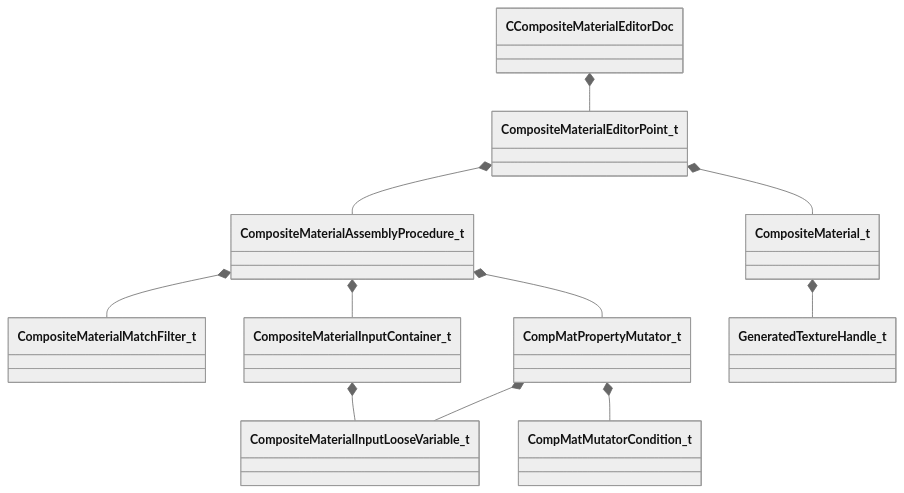
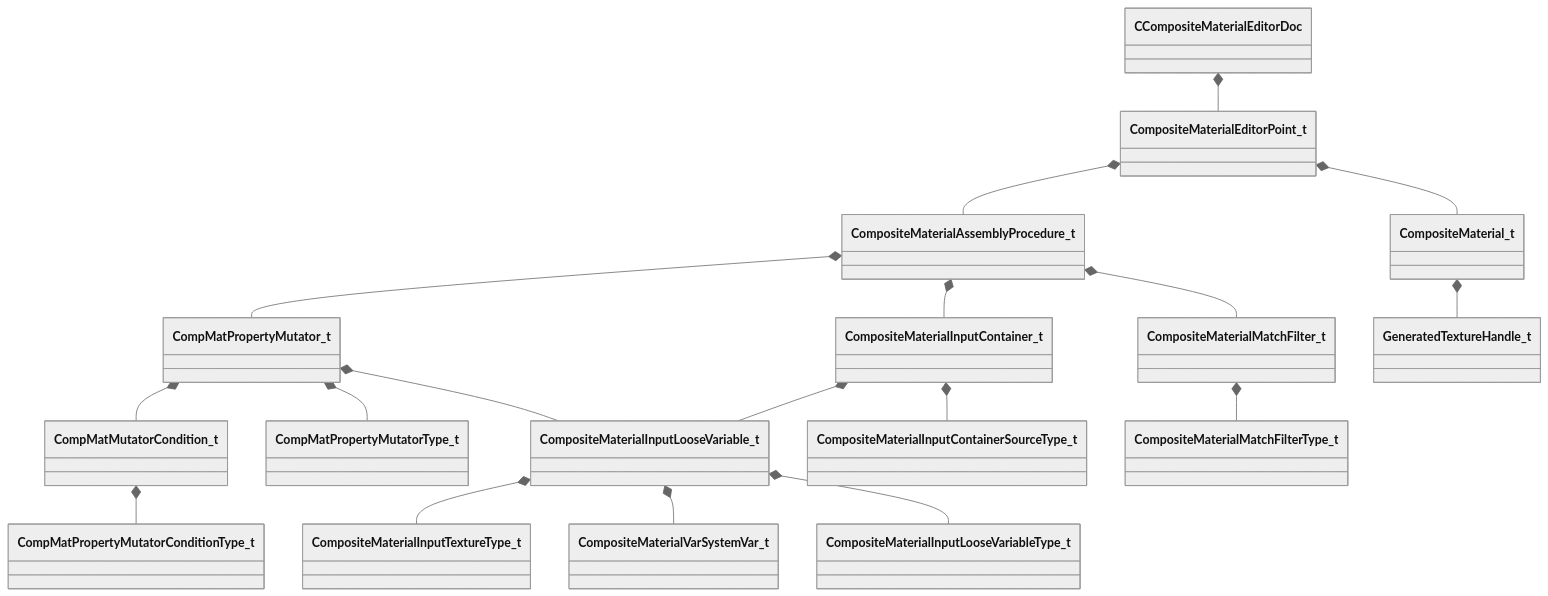
The diagram in docs/generated/diagrams/compositematerialslib.md (CS2OpenDev/CS2OpenDev-Docs), drawn with Mermaid (neutral theme) before and after one commit. The commit also changed 2956 other files, not shown here.

````diff
--- a/docs/generated/diagrams/compositematerialslib.md
+++ b/docs/generated/diagrams/compositematerialslib.md
@@ -14,13 +14,20 @@
 ```mermaid
 classDiagram
     CCompositeMaterialEditorDoc *-- CompositeMaterialEditorPoint_t
+    CompMatMutatorCondition_t *-- CompMatPropertyMutatorConditionType_t
+    CompMatPropertyMutator_t *-- CompMatPropertyMutatorType_t
     CompMatPropertyMutator_t *-- CompositeMaterialInputLooseVariable_t
     CompMatPropertyMutator_t *-- CompMatMutatorCondition_t
     CompositeMaterialAssemblyProcedure_t *-- CompositeMaterialMatchFilter_t
     CompositeMaterialAssemblyProcedure_t *-- CompositeMaterialInputContainer_t
     CompositeMaterialAssemblyProcedure_t *-- CompMatPropertyMutator_t
     CompositeMaterialEditorPoint_t *-- CompositeMaterialAssemblyProcedure_t
     CompositeMaterialEditorPoint_t *-- CompositeMaterial_t
+    CompositeMaterialInputContainer_t *-- CompositeMaterialInputContainerSourceType_t
     CompositeMaterialInputContainer_t *-- CompositeMaterialInputLooseVariable_t
+    CompositeMaterialInputLooseVariable_t *-- CompositeMaterialInputLooseVariableType_t
+    CompositeMaterialInputLooseVariable_t *-- CompositeMaterialVarSystemVar_t
+    CompositeMaterialInputLooseVariable_t *-- CompositeMaterialInputTextureType_t
+    CompositeMaterialMatchFilter_t *-- CompositeMaterialMatchFilterType_t
     CompositeMaterial_t *-- GeneratedTextureHandle_t
 ```
````
